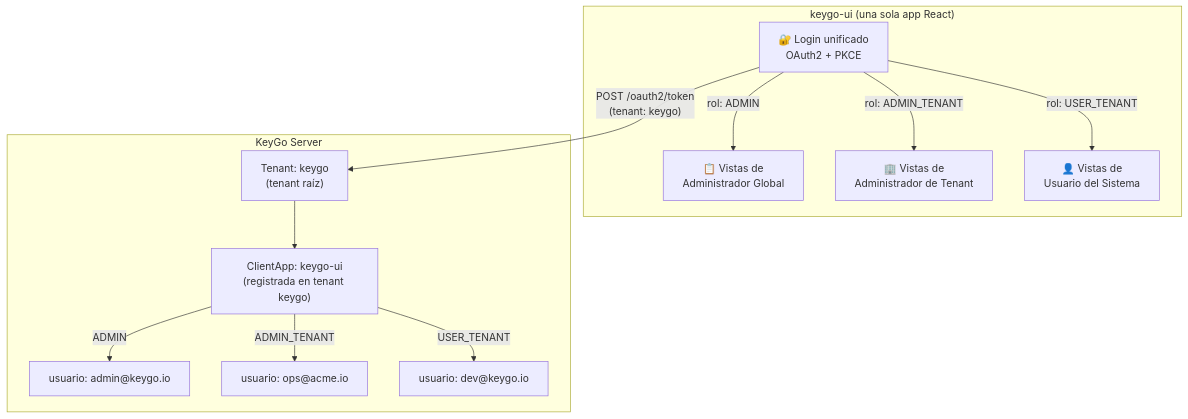
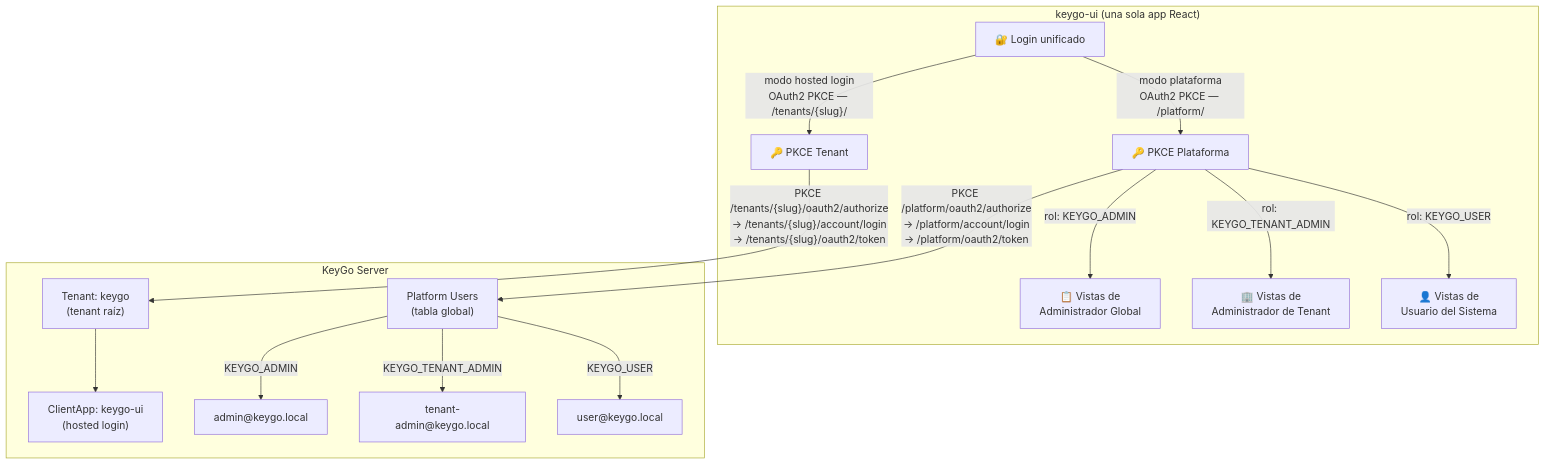
One commit to cmartinezs/keygo-web-ui changed the first of 8 diagrams in docs/FRONTEND_DEVELOPER_GUIDE.md. Above: the diagram before and after it, drawn with Mermaid. The commit also changed other lines of this file and 39 other files, not shown here.

````diff
--- a/docs/FRONTEND_DEVELOPER_GUIDE.md
+++ b/docs/FRONTEND_DEVELOPER_GUIDE.md
@@ -45,20 +44,24 @@
 ```mermaid
 graph TB
     subgraph "keygo-ui (una sola app React)"
-        L["🔐 Login unificado<br/>OAuth2 + PKCE"]
-        L -->|"rol: ADMIN"| VA["📋 Vistas de<br/>Administrador Global"]
-        L -->|"rol: ADMIN_TENANT"| VB["🏢 Vistas de<br/>Administrador de Tenant"]
-        L -->|"rol: USER_TENANT"| VC["👤 Vistas de<br/>Usuario del Sistema"]
+        L["🔐 Login unificado"]
+        L -->|"modo plataforma<br/>OAuth2 PKCE — /platform/"| LP["🔑 PKCE Plataforma"]
+        L -->|"modo hosted login<br/>OAuth2 PKCE — /tenants/{slug}/"| LH["🔑 PKCE Tenant"]
+        LP -->|"rol: KEYGO_ADMIN"| VA["📋 Vistas de<br/>Administrador Global"]
+        LP -->|"rol: KEYGO_TENANT_ADMIN"| VB["🏢 Vistas de<br/>Administrador de Tenant"]
+        LP -->|"rol: KEYGO_USER"| VC["👤 Vistas de<br/>Usuario del Sistema"]
     end
 
     subgraph "KeyGo Server"
+        P["Platform Users<br/>(tabla global)"]
         T["Tenant: keygo<br/>(tenant raíz)"]
-        A["ClientApp: keygo-ui<br/>(registrada en tenant keygo)"]
+        A["ClientApp: keygo-ui<br/>(hosted login)"]
         T --> A
-        A -->|"ADMIN"| U1["usuario: admin@keygo.io"]
-        A -->|"ADMIN_TENANT"| U2["usuario: ops@acme.io"]
-        A -->|"USER_TENANT"| U3["usuario: dev@keygo.io"]
+        P -->|"KEYGO_ADMIN"| U1["admin@keygo.local"]
+        P -->|"KEYGO_TENANT_ADMIN"| U2["tenant-admin@keygo.local"]
+        P -->|"KEYGO_USER"| U3["user@keygo.local"]
     end
 
-    L -->|"POST /oauth2/token<br/>(tenant: keygo)"| T
+    LP -->|"PKCE /platform/oauth2/authorize<br/>→ /platform/account/login<br/>→ /platform/oauth2/token"| P
+    LH -->|"PKCE /tenants/{slug}/oauth2/authorize<br/>→ /tenants/{slug}/account/login<br/>→ /tenants/{slug}/oauth2/token"| T
 ```
````
